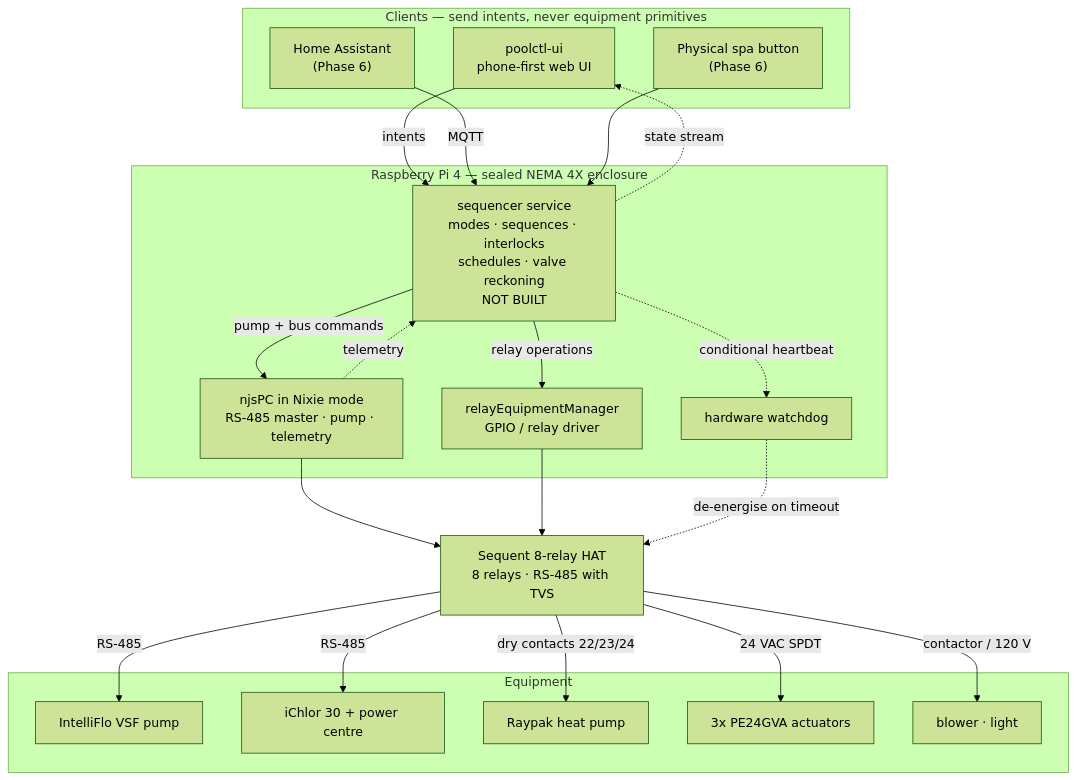
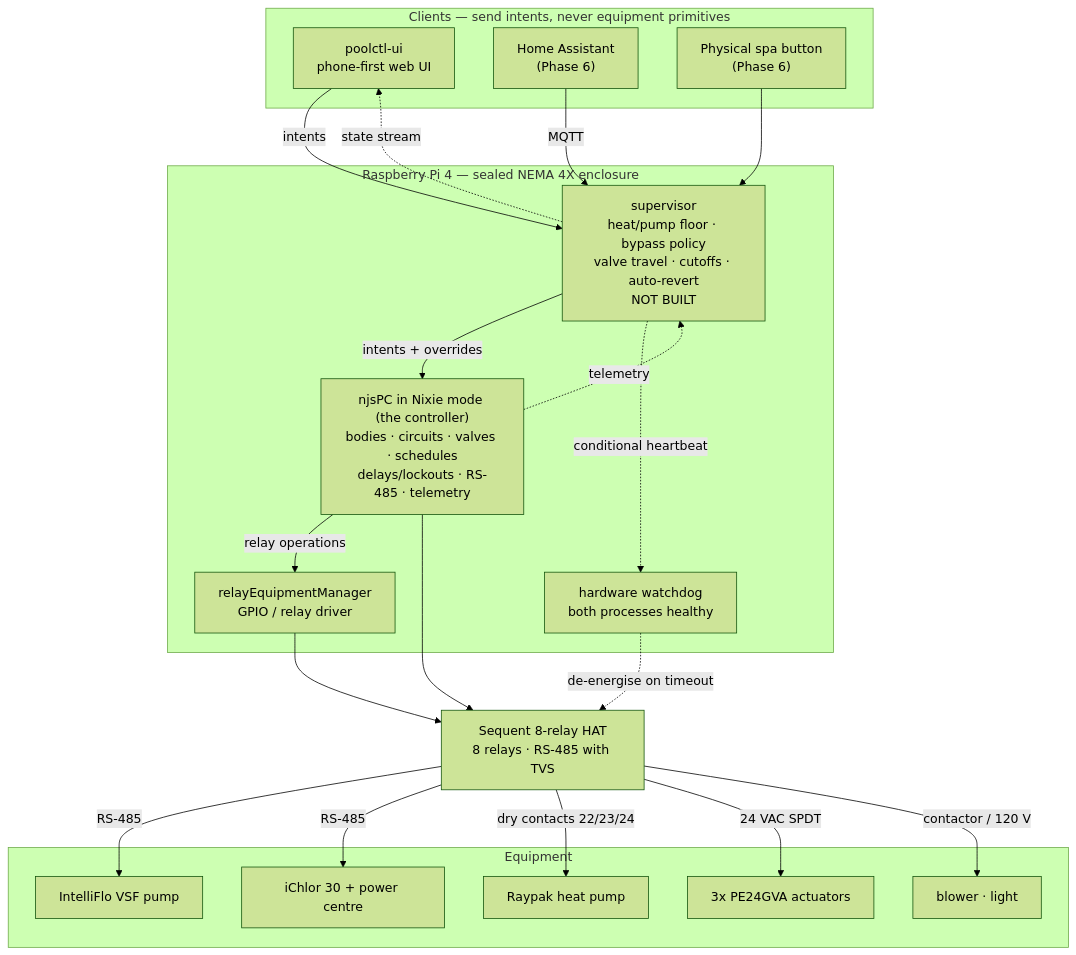
The diagram in docs/architecture.md (j4rs/poolctl), drawn with Mermaid (forest theme) before and after one commit. The commit also changed other lines of this file and 2 other files, not shown here.

First line of the commit message:
Read njsPC before designing against it, and revise ADR-10/11/12

````diff
--- a/docs/architecture.md
+++ b/docs/architecture.md
@@ -15,42 +16,42 @@
 ```mermaid
 flowchart TB
   subgraph clients["Clients — send intents, never equipment primitives"]
     UI["poolctl-ui<br/>phone-first web UI"]
     HA["Home Assistant<br/>(Phase 6)"]
     BTN["Physical spa button<br/>(Phase 6)"]
   end
 
   subgraph pi["Raspberry Pi 4 — sealed NEMA 4X enclosure"]
-    SEQ["sequencer service<br/>modes · sequences · interlocks<br/>schedules · valve reckoning<br/>NOT BUILT"]
-    NJS["njsPC in Nixie mode<br/>RS-485 master · pump · telemetry"]
+    SEQ["supervisor<br/>heat/pump floor · bypass policy<br/>valve travel · cutoffs · auto-revert<br/>NOT BUILT"]
+    NJS["njsPC in Nixie mode (the controller)<br/>bodies · circuits · valves · schedules<br/>delays/lockouts · RS-485 · telemetry"]
     REM["relayEquipmentManager<br/>GPIO / relay driver"]
-    WD["hardware watchdog"]
+    WD["hardware watchdog<br/>both processes healthy"]
   end
 
   HAT["Sequent 8-relay HAT<br/>8 relays · RS-485 with TVS"]
 
   subgraph equip["Equipment"]
     PUMP["IntelliFlo VSF pump"]
     CELL["iChlor 30 + power centre"]
     HTR["Raypak heat pump"]
     VLV["3x PE24GVA actuators"]
     AUX["blower · light"]
   end
 
   UI -->|intents| SEQ
   HA -->|MQTT| SEQ
   BTN --> SEQ
-  SEQ -->|pump + bus commands| NJS
-  SEQ -->|relay operations| REM
+  SEQ -->|intents + overrides| NJS
+  NJS -->|relay operations| REM
   SEQ -.->|conditional heartbeat| WD
   NJS -.->|telemetry| SEQ
   SEQ -.->|state stream| UI
   NJS --> HAT
   REM --> HAT
   WD -.->|de-energise on timeout| HAT
   HAT -->|RS-485| PUMP
   HAT -->|RS-485| CELL
   HAT -->|dry contacts 22/23/24| HTR
   HAT -->|24 VAC SPDT| VLV
   HAT -->|contactor / 120 V| AUX
 ```
````
